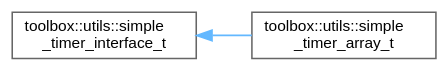
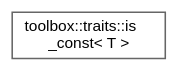
One commit to nerdneilsfield/cpp-toolbox changed the diagram in inherit_graph_134.dot. Above: the diagram before and after it, drawn with Graphviz. The commit also changed 771 other files, not shown here.

```diff
--- a/inherit_graph_134.dot
+++ b/inherit_graph_134.dot
@@ -1,11 +1,9 @@
 digraph "Graphical Class Hierarchy"
 {
  // LATEX_PDF_SIZE
   bgcolor="transparent";
   edge [fontname=Helvetica,fontsize=10,labelfontname=Helvetica,labelfontsize=10];
   node [fontname=Helvetica,fontsize=10,shape=box,height=0.2,width=0.4];
   rankdir="LR";
-  Node0 [id="Node000000",label="toolbox::utils::simple\l_timer_interface_t",height=0.2,width=0.4,color="grey40", fillcolor="white", style="filled",URL="$classtoolbox_1_1utils_1_1simple__timer__interface__t.html",tooltip="Interface for managing a collection of timers."];
-  Node0 -> Node1 [id="edge85_Node000000_Node000001",dir="back",color="steelblue1",style="solid",tooltip=" "];
-  Node1 [id="Node000001",label="toolbox::utils::simple\l_timer_array_t",height=0.2,width=0.4,color="grey40", fillcolor="white", style="filled",URL="$classtoolbox_1_1utils_1_1simple__timer__array__t.html",tooltip="Concrete implementation of simple_timer_interface_t using an array of timers."];
+  Node0 [id="Node000000",label="toolbox::traits::is\l_const\< T \>",height=0.2,width=0.4,color="grey40", fillcolor="white", style="filled",URL="$structtoolbox_1_1traits_1_1is__const.html",tooltip="检查类型是否为const限定/Check if type is const-qualified"];
 }
```
